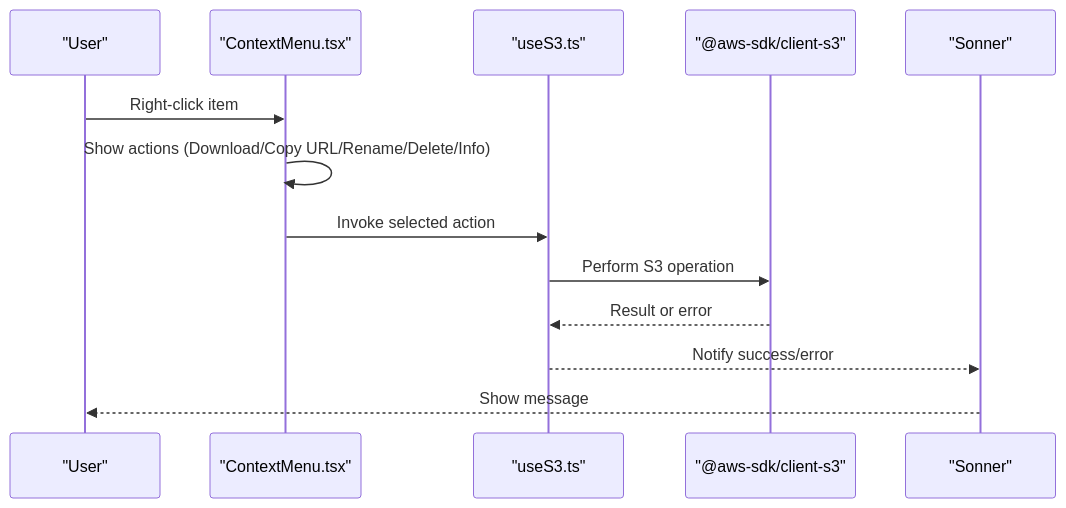
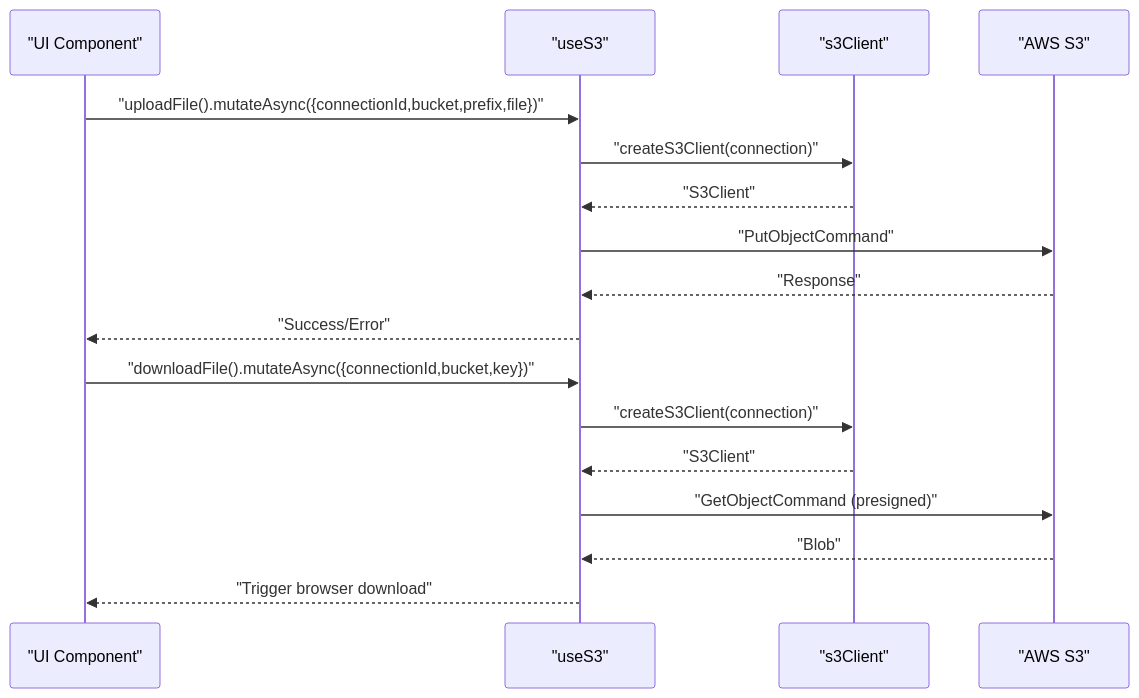
Before and after one commit to nasrulhadi/s3-explorer: the fifth of 7 diagrams in .qoder/repowiki/en/content/Core Features/Core Features.md, drawn with Mermaid. The commit also changed other lines of this file and 46 other files, not shown here.

Commit message:
Context menu (right-click), modal/popup add connections, regenerate wiki

````diff
--- a/.qoder/repowiki/en/content/Core Features/Core Features.md
+++ b/.qoder/repowiki/en/content/Core Features/Core Features.md
@@ -298,15 +288,19 @@
 ```mermaid
 sequenceDiagram
-participant User as "User"
-participant Ctx as "ContextMenu.tsx"
-participant S3Hook as "useS3.ts"
-participant AWS as "@aws-sdk/client-s3"
-participant Toast as "Sonner"
-User->>Ctx : Right-click item
-Ctx->>Ctx : Show actions (Download/Copy URL/Rename/Delete/Info)
-Ctx->>S3Hook : Invoke selected action
-S3Hook->>AWS : Perform S3 operation
-AWS-->>S3Hook : Result or error
-S3Hook-->>Toast : Notify success/error
-Toast-->>User : Show message
+participant UI as "UI Component"
+participant US as "useS3"
+participant SC as "s3Client"
+participant S3 as "AWS S3"
+UI->>US : "uploadFile().mutateAsync({connectionId,bucket,prefix,file})"
+US->>SC : "createS3Client(connection)"
+SC-->>US : "S3Client"
+US->>S3 : "PutObjectCommand"
+S3-->>US : "Response"
+US-->>UI : "Success/Error"
+UI->>US : "downloadFile().mutateAsync({connectionId,bucket,key})"
+US->>SC : "createS3Client(connection)"
+SC-->>US : "S3Client"
+US->>S3 : "GetObjectCommand (presigned)"
+S3-->>US : "Blob"
+US-->>UI : "Trigger browser download"
 ```
````
